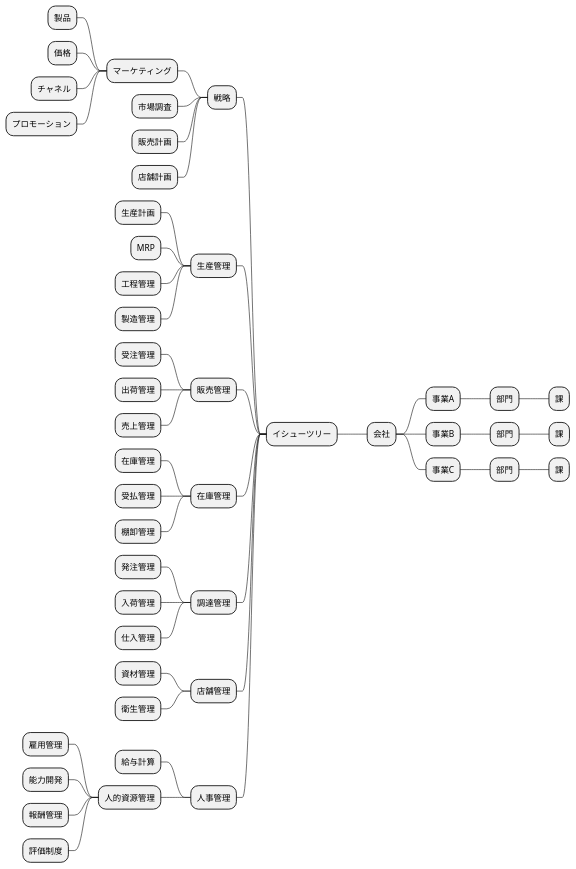
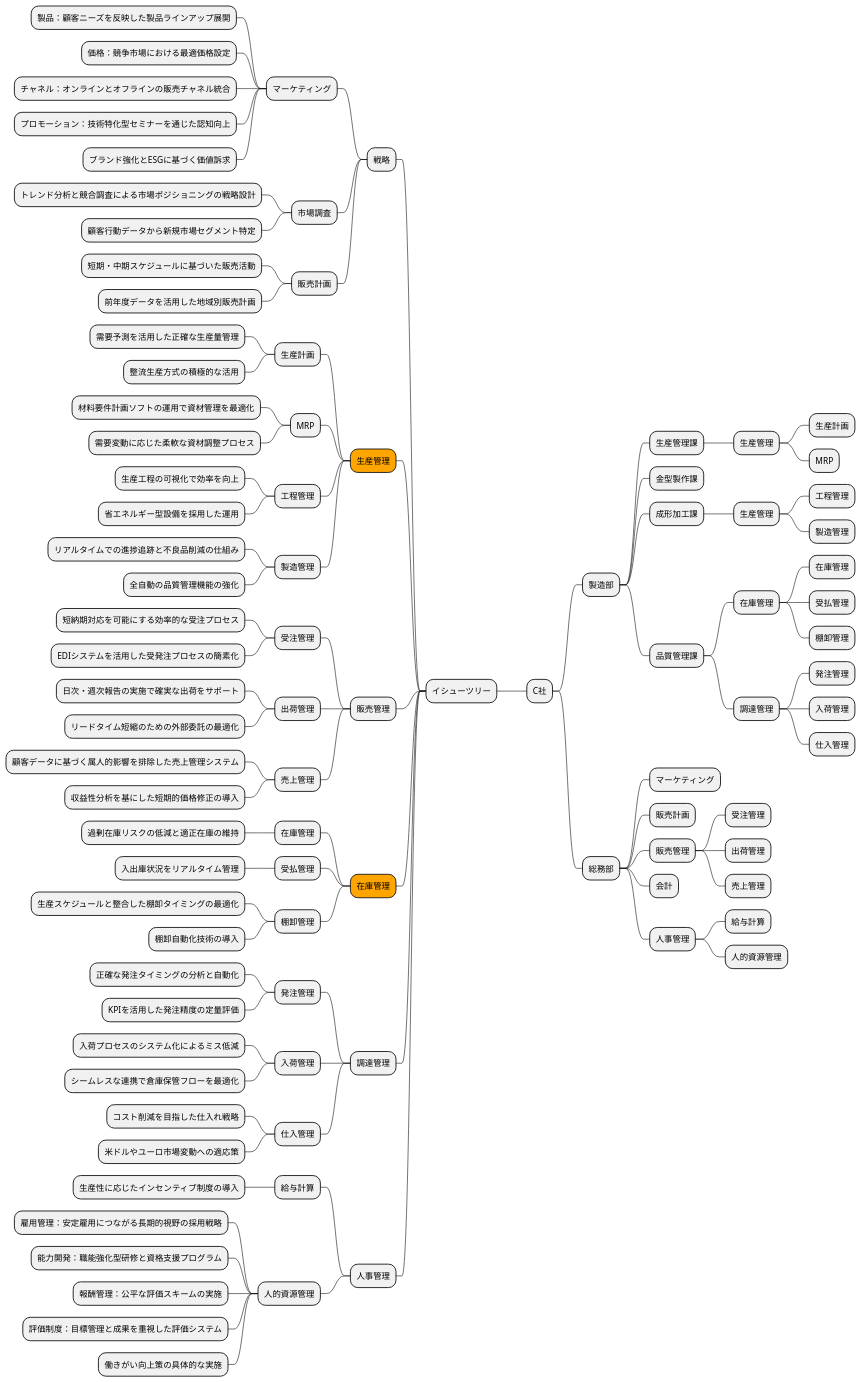
One commit to k2works/case-study-business-analysis changed diagram 15 of 19 in docs/case/h30_case_3.adoc. Above: the diagram before and after it, drawn with PlantUML. The commit also changed other lines of this file, not shown here.

```diff
--- a/docs/case/h30_case_3.adoc
+++ b/docs/case/h30_case_3.adoc
@@ -648,53 +958,101 @@
 @startmindmap
 
 * イシューツリー
-** 会社
-*** 事業A
-**** 部門
-***** 課
-*** 事業B
-**** 部門
-***** 課
-*** 事業C
-**** 部門
-***** 課
+** C社
+*** 製造部
+**** 生産管理課
+***** 生産管理
+****** 生産計画
+****** MRP
+**** 金型製作課
+**** 成形加工課
+***** 生産管理
+****** 工程管理
+****** 製造管理
+**** 品質管理課
+***** 在庫管理
+****** 在庫管理
+****** 受払管理
+****** 棚卸管理
+***** 調達管理
+****** 発注管理
+****** 入荷管理
+****** 仕入管理
+*** 総務部
+**** マーケティング
+**** 販売計画
+**** 販売管理
+***** 受注管理
+***** 出荷管理
+***** 売上管理
+**** 会計
+**** 人事管理
+***** 給与計算
+***** 人的資源管理
 left side
 ** 戦略
 *** マーケティング
-**** 製品
-**** 価格
-**** チャネル
-**** プロモーション
+**** 製品：顧客ニーズを反映した製品ラインアップ展開
+**** 価格：競争市場における最適価格設定
+**** チャネル：オンラインとオフラインの販売チャネル統合
+**** プロモーション：技術特化型セミナーを通じた認知向上
+**** ブランド強化とESGに基づく価値訴求
 *** 市場調査
+**** トレンド分析と競合調査による市場ポジショニングの戦略設計
+**** 顧客行動データから新規市場セグメント特定
 *** 販売計画
-*** 店舗計画
-** 生産管理
+**** 短期・中期スケジュールに基づいた販売活動
+**** 前年度データを活用した地域別販売計画
+**[#orange] 生産管理
 *** 生産計画
+**** 需要予測を活用した正確な生産量管理
+**** 整流生産方式の積極的な活用
 *** MRP
+**** 材料要件計画ソフトの運用で資材管理を最適化
+**** 需要変動に応じた柔軟な資材調整プロセス
 *** 工程管理
+**** 生産工程の可視化で効率を向上
+**** 省エネルギー型設備を採用した運用
 *** 製造管理
+**** リアルタイムでの進捗追跡と不良品削減の仕組み
+**** 全自動の品質管理機能の強化
 ** 販売管理
 *** 受注管理
+**** 短納期対応を可能にする効率的な受注プロセス
+**** EDIシステムを活用した受発注プロセスの簡素化
 *** 出荷管理
+**** 日次・週次報告の実施で確実な出荷をサポート
+**** リードタイム短縮のための外部委託の最適化
 *** 売上管理
-** 在庫管理
+**** 顧客データに基づく属人的影響を排除した売上管理システム
+**** 収益性分析を基にした短期的価格修正の導入
+**[#orange] 在庫管理
 *** 在庫管理
+**** 過剰在庫リスクの低減と適正在庫の維持
 *** 受払管理
+**** 入出庫状況をリアルタイム管理
 *** 棚卸管理
+**** 生産スケジュールと整合した棚卸タイミングの最適化
+**** 棚卸自動化技術の導入
 ** 調達管理
 *** 発注管理
+**** 正確な発注タイミングの分析と自動化
+**** KPIを活用した発注精度の定量評価
 *** 入荷管理
+**** 入荷プロセスのシステム化によるミス低減
+**** シームレスな連携で倉庫保管フローを最適化
 *** 仕入管理
-** 店舗管理
-*** 資材管理
-*** 衛生管理
+**** コスト削減を目指した仕入れ戦略
+**** 米ドルやユーロ市場変動への適応策
 ** 人事管理
 *** 給与計算
+**** 生産性に応じたインセンティブ制度の導入
 *** 人的資源管理
-**** 雇用管理
-**** 能力開発
-**** 報酬管理
-**** 評価制度
+**** 雇用管理：安定雇用につながる長期的視野の採用戦略
+**** 能力開発：職能強化型研修と資格支援プログラム
+**** 報酬管理：公平な評価スキームの実施
+**** 評価制度：目標管理と成果を重視した評価システム
+**** 働きがい向上策の具体的な実施
 
 @endmindmap
 ----
```
